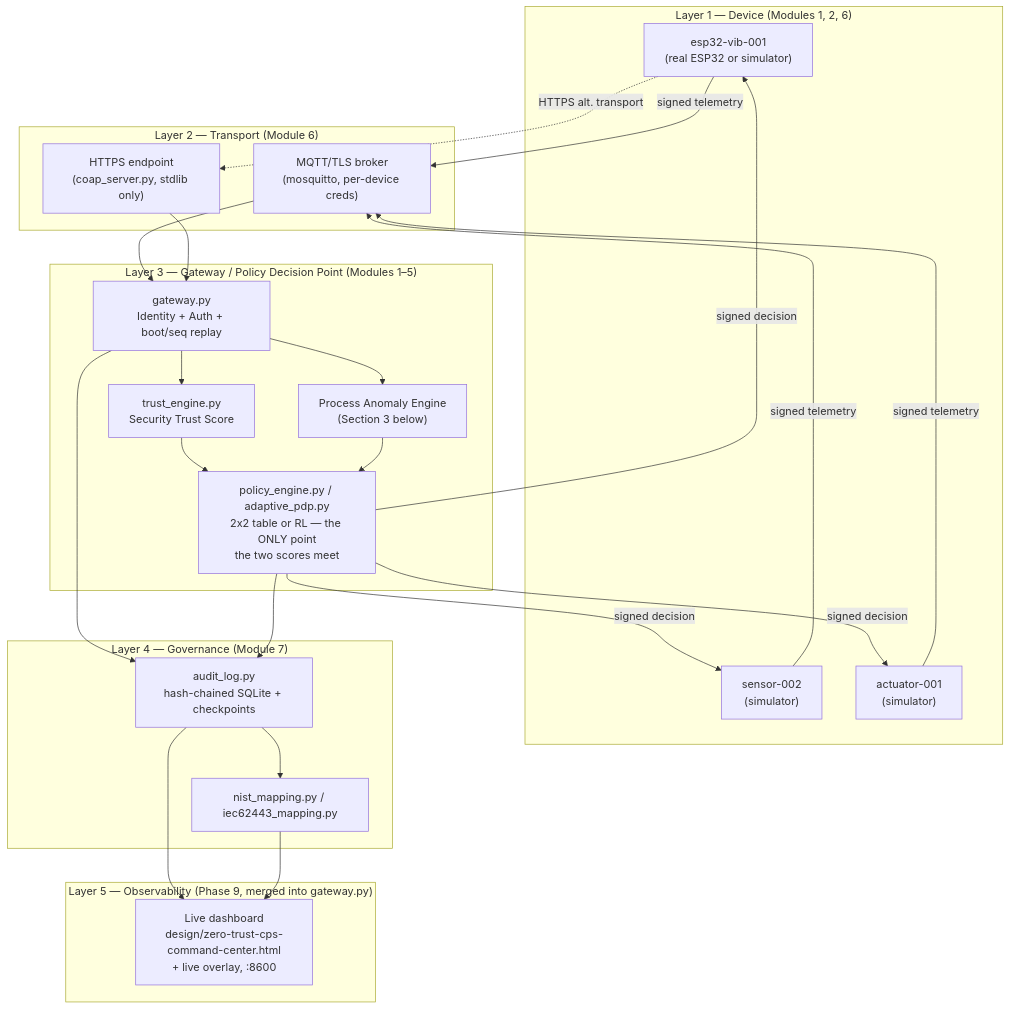
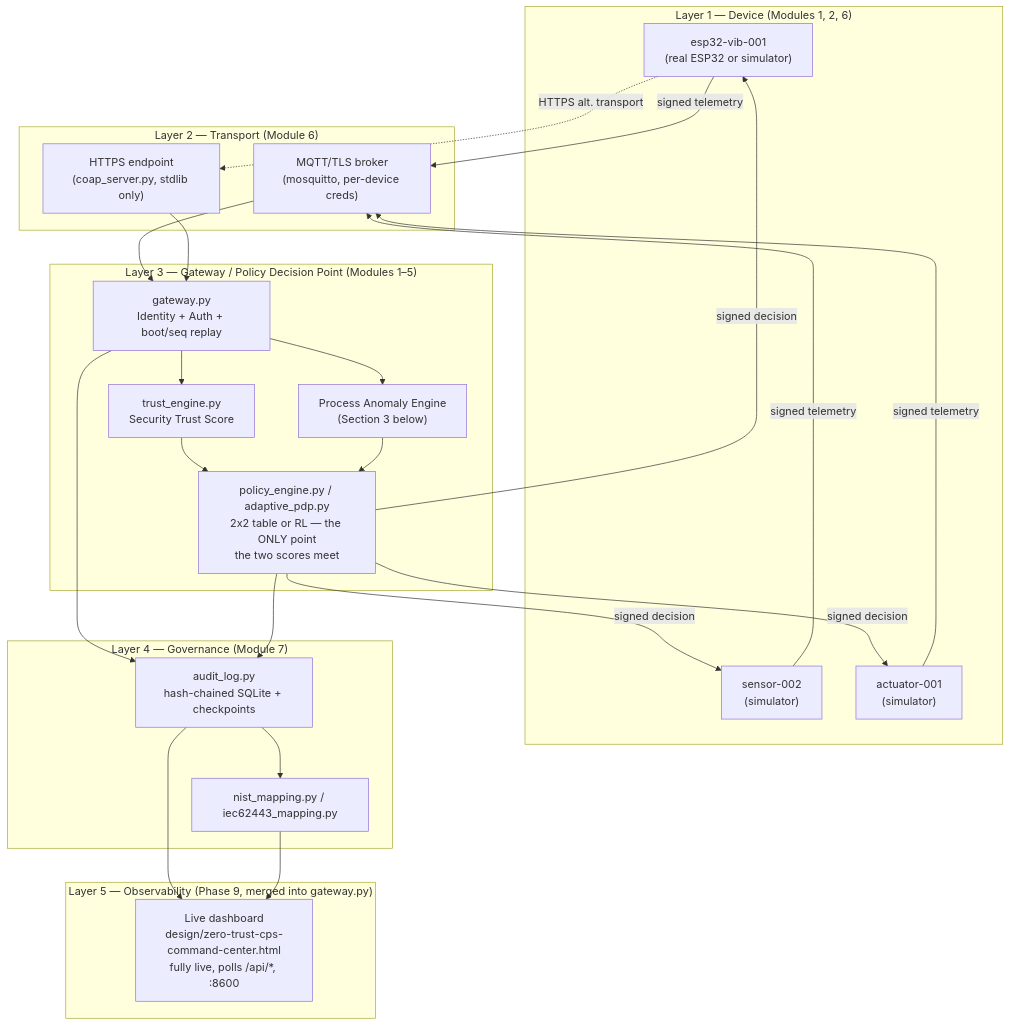
One commit to mritula2311/Zero-Trust-CPS changed the first of 6 diagrams in docs/13_system_architecture_and_workflow.md. Above: the diagram before and after it, drawn with Mermaid. The commit also changed other lines of this file and 9 other files, not shown here.

````diff
--- a/docs/13_system_architecture_and_workflow.md
+++ b/docs/13_system_architecture_and_workflow.md
@@ -17,41 +17,41 @@
 ```mermaid
 flowchart TB
     subgraph L1["Layer 1 — Device (Modules 1, 2, 6)"]
         D1["esp32-vib-001<br/>(real ESP32 or simulator)"]
         D2["sensor-002<br/>(simulator)"]
         D3["actuator-001<br/>(simulator)"]
     end
 
     subgraph L2["Layer 2 — Transport (Module 6)"]
         T1["MQTT/TLS broker<br/>(mosquitto, per-device creds)"]
         T2["HTTPS endpoint<br/>(coap_server.py, stdlib only)"]
     end
 
     subgraph L3["Layer 3 — Gateway / Policy Decision Point (Modules 1–5)"]
         G1["gateway.py<br/>Identity + Auth + boot/seq replay"]
         G2["trust_engine.py<br/>Security Trust Score"]
         G3["Process Anomaly Engine<br/>(Section 3 below)"]
         G4["policy_engine.py / adaptive_pdp.py<br/>2x2 table or RL — the ONLY point<br/>the two scores meet"]
     end
 
     subgraph L4["Layer 4 — Governance (Module 7)"]
         A1["audit_log.py<br/>hash-chained SQLite + checkpoints"]
         A2["nist_mapping.py / iec62443_mapping.py"]
     end
 
     subgraph L5["Layer 5 — Observability (Phase 9, merged into gateway.py)"]
-        V1["Live dashboard<br/>design/zero-trust-cps-command-center.html<br/>+ live overlay, :8600"]
+        V1["Live dashboard<br/>design/zero-trust-cps-command-center.html<br/>fully live, polls /api/*, :8600"]
     end
 
     D1 & D2 & D3 -->|signed telemetry| T1
     D1 -.->|HTTPS alt. transport| T2
     T1 & T2 --> G1
     G1 --> G2
     G1 --> G3
     G2 & G3 --> G4
     G4 -->|signed decision| D1 & D2 & D3
     G1 & G4 --> A1
     A1 --> A2
     A1 --> V1
     A2 --> V1
 ```
````
